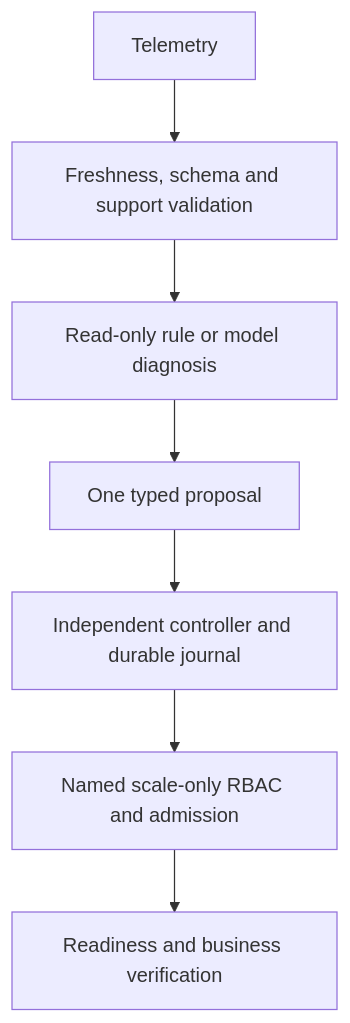
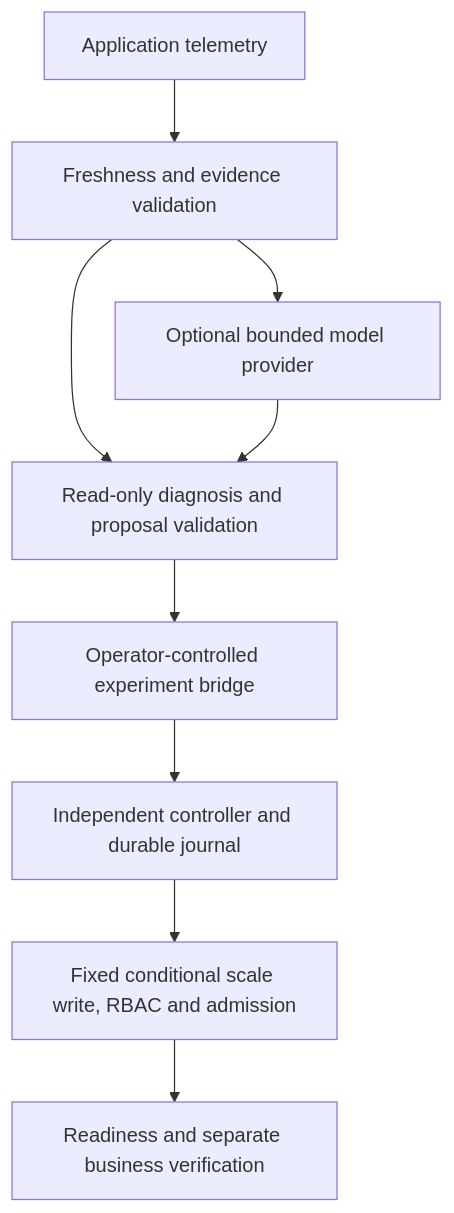
Before and after one commit to Jill-Vekariya/safeheal-ai: the diagram in README.md, drawn with Mermaid. The commit also changed other lines of this file, not shown here.

Commit message:
Clarify portfolio setup, verification and contribution evidence

````diff
--- a/README.md
+++ b/README.md
@@ -78,9 +22,11 @@
 ```mermaid
 flowchart TD
-  T["Telemetry"] --> V["Freshness, schema and support validation"]
-  V --> D["Read-only rule or model diagnosis"]
-  D --> B["One typed proposal"]
+  T["Application telemetry"] --> E["Freshness and evidence validation"]
+  E --> D["Read-only diagnosis and proposal validation"]
+  E --> P["Optional bounded model provider"]
+  P --> D
+  D --> B["Operator-controlled experiment bridge"]
   B --> C["Independent controller and durable journal"]
-  C --> K["Named scale-only RBAC and admission"]
-  K --> R["Readiness and business verification"]
+  C --> K["Fixed conditional scale write, RBAC and admission"]
+  K --> V["Readiness and separate business verification"]
 ```
````
